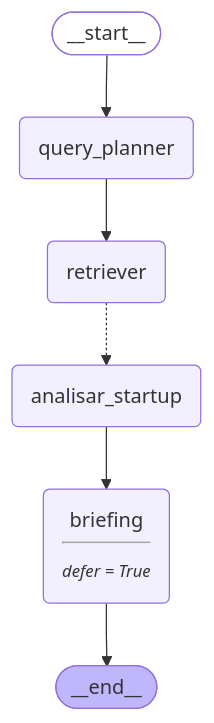
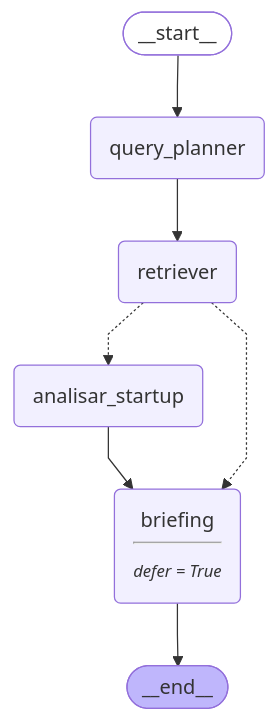
Before and after one commit to viniciuscastiglia/nvidia-startup-ai-radar: the diagram in docs/grafo-pai.mmd, drawn with Mermaid. The commit also changed 8 other files, not shown here.

```diff
--- a/docs/grafo-pai.mmd
+++ b/docs/grafo-pai.mmd
@@ -1,20 +1,21 @@
 ---
 config:
   flowchart:
     curve: linear
 ---
 graph TD;
 	__start__([<p>__start__</p>]):::first
 	query_planner(query_planner)
 	retriever(retriever)
 	analisar_startup(analisar_startup)
 	briefing(briefing<hr/><small><em>defer = True</em></small>)
 	__end__([<p>__end__</p>]):::last
 	__start__ --> query_planner;
 	analisar_startup --> briefing;
 	query_planner --> retriever;
 	retriever -.-> analisar_startup;
+	retriever -.-> briefing;
 	briefing --> __end__;
 	classDef default fill:#f2f0ff,line-height:1.2
 	classDef first fill-opacity:0
 	classDef last fill:#bfb6fc
```
